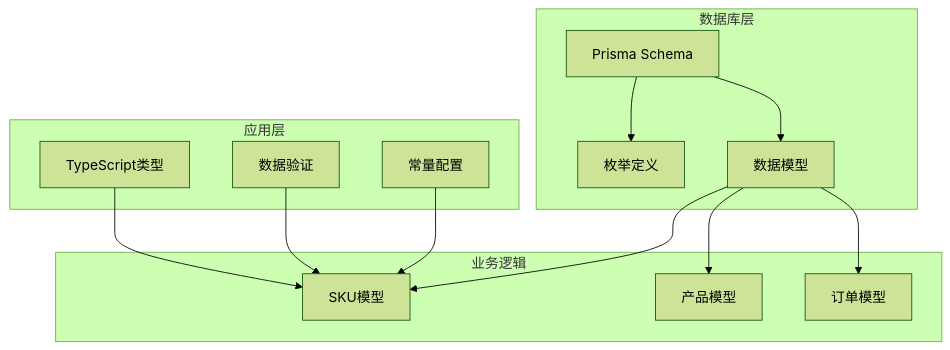
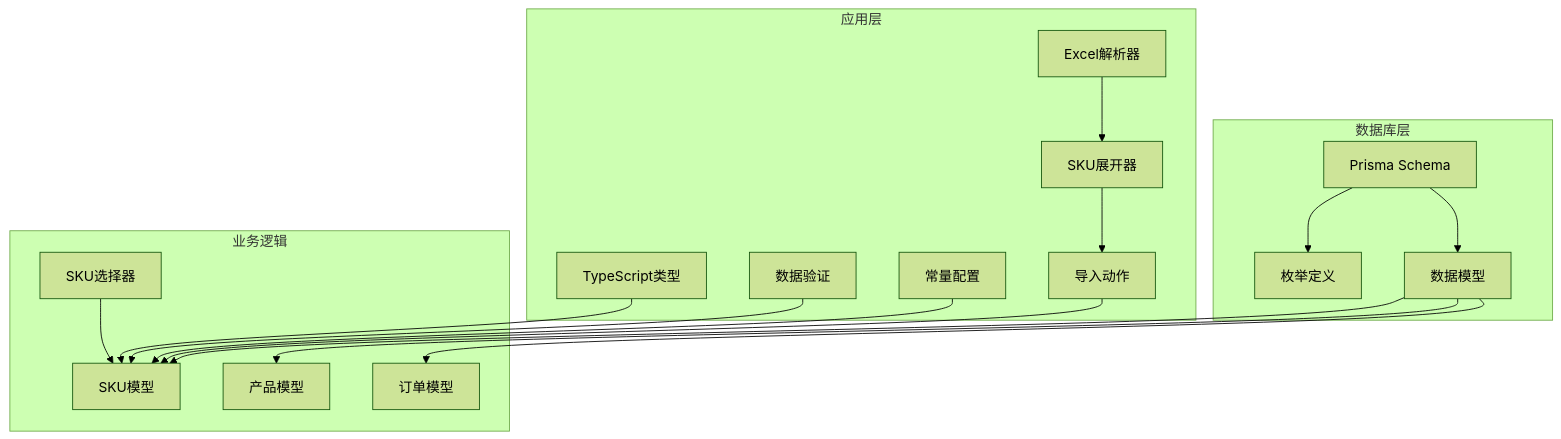
One commit to three3638-arch/celestia_2b changed the first of 8 diagrams in .qoder/repowiki/zh/content/数据库设计/数据模型定义/商品SKU模型.md. Above: the diagram before and after it, drawn with Mermaid (forest theme). The commit also changed other lines of this file and 14 other files, not shown here.

````diff
--- a/.qoder/repowiki/zh/content/数据库设计/数据模型定义/商品SKU模型.md
+++ b/.qoder/repowiki/zh/content/数据库设计/数据模型定义/商品SKU模型.md
@@ -30,26 +48,34 @@
 ```mermaid
 graph TB
 subgraph "数据库层"
 PRISMA[Prisma Schema]
 ENUMS[枚举定义]
 MODELS[数据模型]
 end
 subgraph "应用层"
 TYPES[TypeScript类型]
 VALIDATIONS[数据验证]
 CONSTANTS[常量配置]
+EXCEL_PARSER[Excel解析器]
+SKU_EXPANDER[SKU展开器]
+IMPORT_ACTIONS[导入动作]
 end
 subgraph "业务逻辑"
 SKU_MODEL[SKU模型]
 PRODUCT_MODEL[产品模型]
 ORDER_MODEL[订单模型]
+FRONTEND_SELECTOR[SKU选择器]
 end
 PRISMA --> ENUMS
 PRISMA --> MODELS
 TYPES --> SKU_MODEL
 VALIDATIONS --> SKU_MODEL
 CONSTANTS --> SKU_MODEL
+EXCEL_PARSER --> SKU_EXPANDER
+SKU_EXPANDER --> IMPORT_ACTIONS
+IMPORT_ACTIONS --> SKU_MODEL
 MODELS --> SKU_MODEL
 MODELS --> PRODUCT_MODEL
 MODELS --> ORDER_MODEL
+FRONTEND_SELECTOR --> SKU_MODEL
 ```
````
